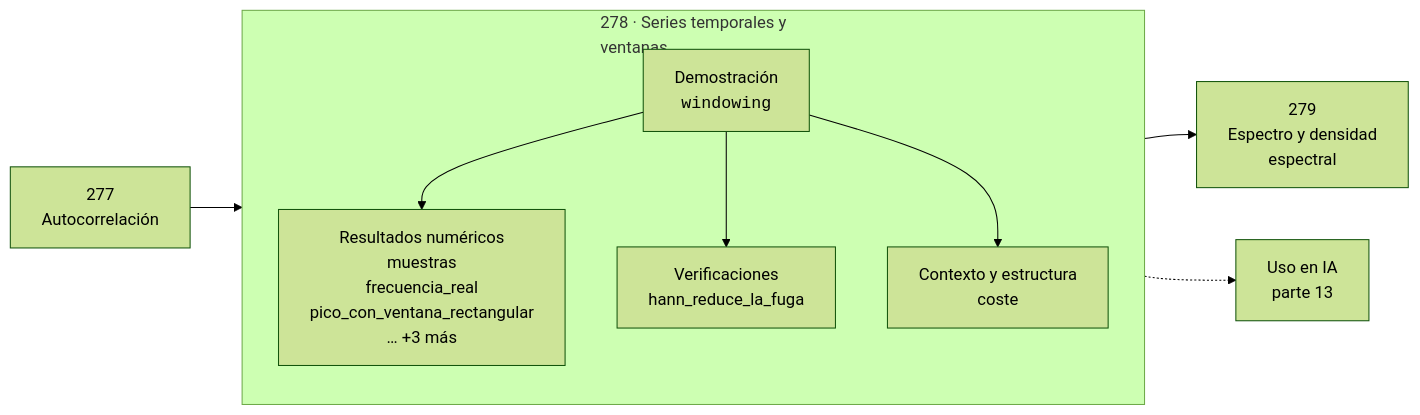
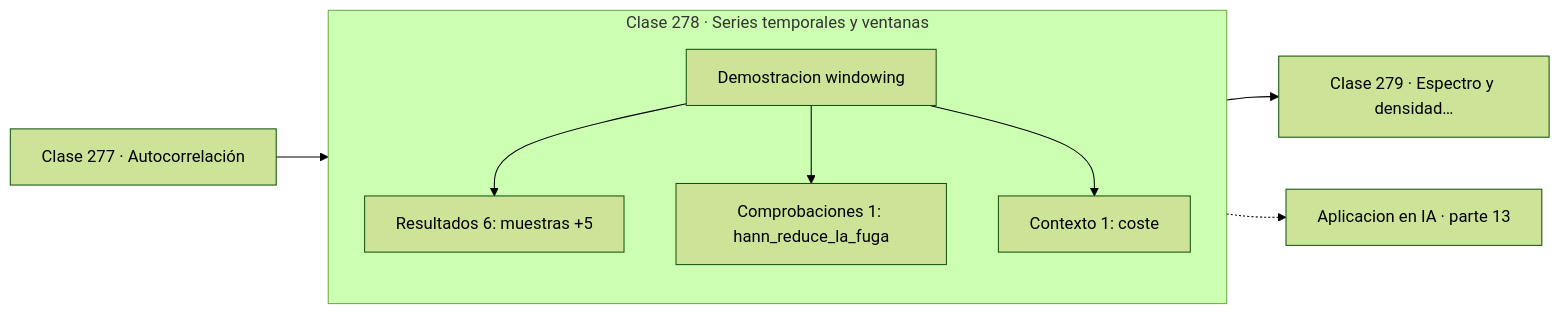
One commit to vladimiracunadev-create/computational-mathematics-program changed the diagram in classes/part-13-teoria-de-la-informacion-senales-y-series/278-series-temporales-y-ventanas/README.md. Above: the diagram before and after it, drawn with Mermaid (forest theme). The commit also changed 389 other files, not shown here.

First line of the commit message:
fix(diagramas): elimina el HTML de las etiquetas Mermaid

````diff
--- a/classes/part-13-teoria-de-la-informacion-senales-y-series/278-series-temporales-y-ventanas/README.md
+++ b/classes/part-13-teoria-de-la-informacion-senales-y-series/278-series-temporales-y-ventanas/README.md
@@ -30,12 +30,13 @@
 ```mermaid
 flowchart LR
-    P["277<br/>Autocorrelación"] --> C
-    subgraph C["278 · Series temporales y<br/>ventanas"]
+    P["Clase 277 · Autocorrelación"] --> D
+    subgraph CLASE["Clase 278 · Series temporales y ventanas"]
         direction TB
-        D["Demostración<br/><code>windowing</code>"] --> R["Resultados numéricos<br/>muestras<br/>frecuencia_real<br/>pico_con_ventana_rectangular<br/>… +3 más"]
-        D --> V["Verificaciones<br/>hann_reduce_la_fuga"]
-        D --> O["Contexto y estructura<br/>coste"]
+        D["Demostracion windowing"]
+        D --> R["Resultados 6: muestras +5"]
+        D --> V["Comprobaciones 1: hann_reduce_la_fuga"]
+        D --> O["Contexto 1: coste"]
     end
-    C --> N["279<br/>Espectro y densidad<br/>espectral"]
-    C -.-> IA["Uso en IA<br/>parte 13"]
+    R --> N["Clase 279 · Espectro y densidad…"]
+    V -.-> IA["Aplicacion en IA · parte 13"]
 ```
````
